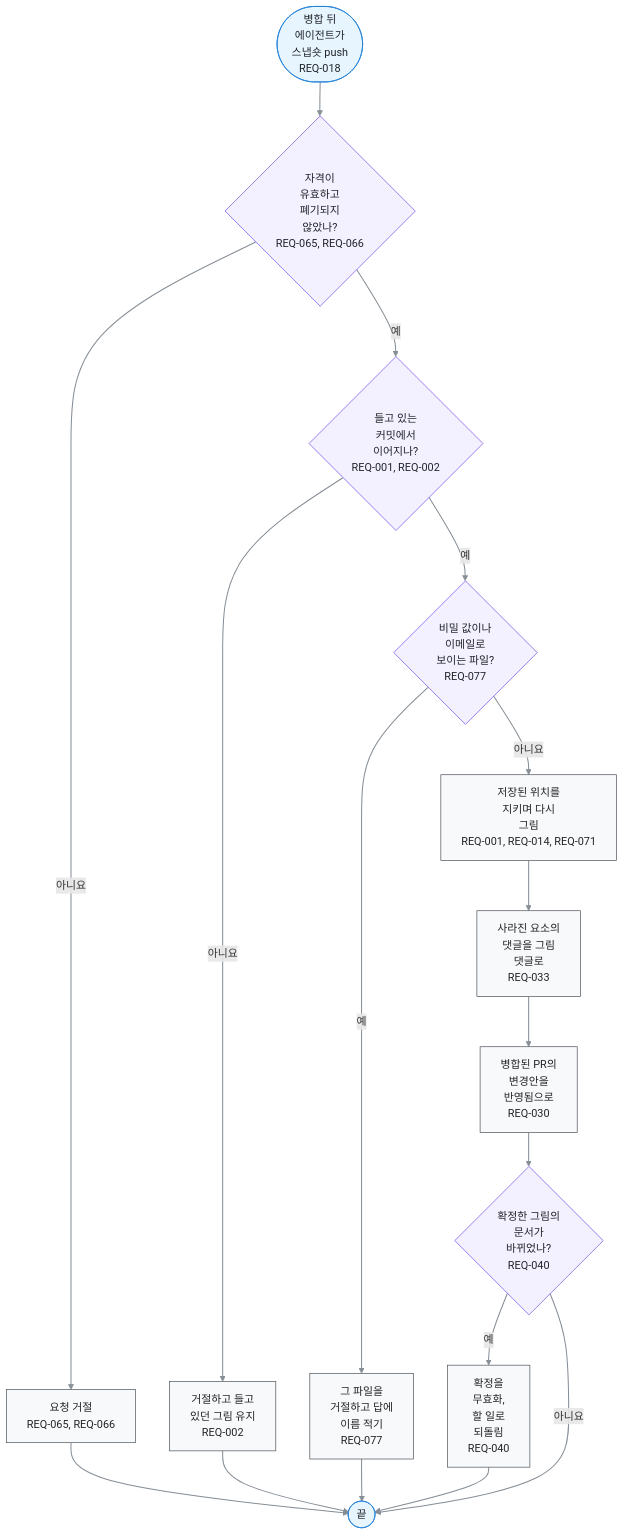
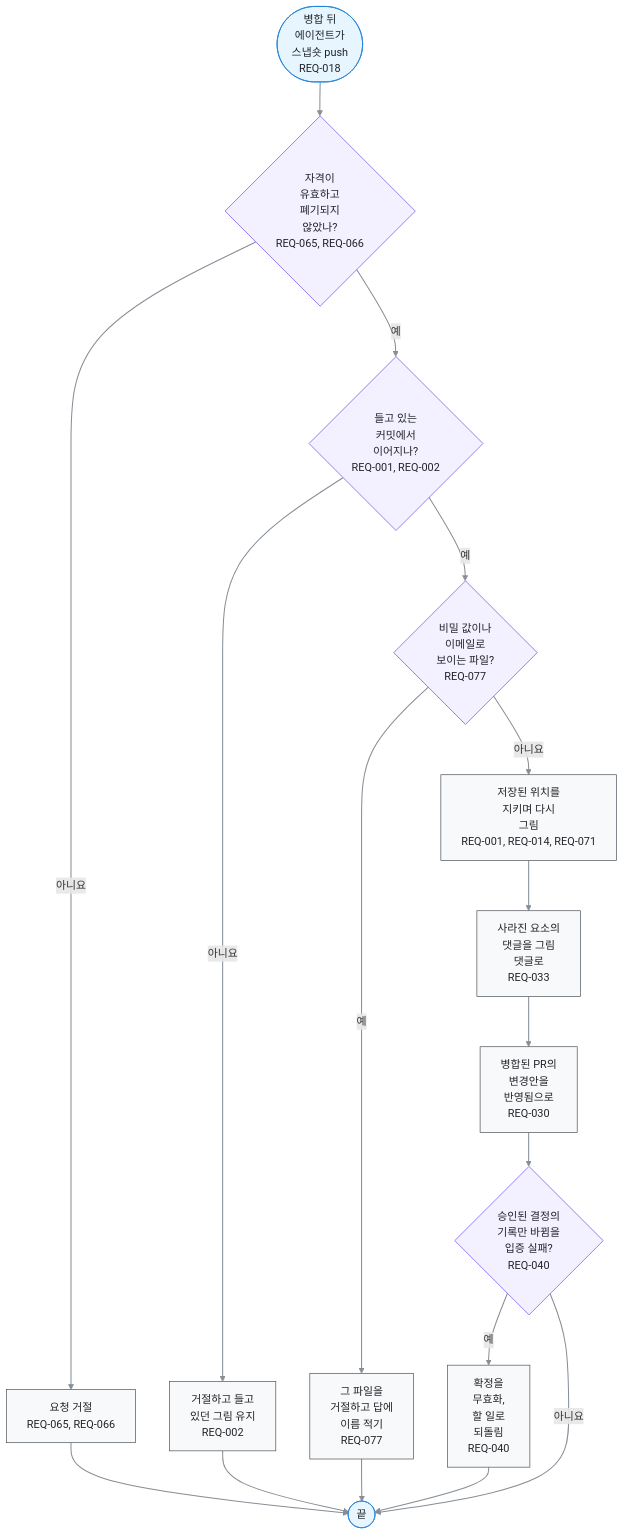
Before and after one commit to kodonghui/corthex-nexus: the diagram in docs/03-user-flow/FL-007-draw-a-new-snapshot.ko.md, drawn with Mermaid. The commit also changed 64 other files, not shown here.

````diff
--- a/docs/03-user-flow/FL-007-draw-a-new-snapshot.ko.md
+++ b/docs/03-user-flow/FL-007-draw-a-new-snapshot.ko.md
@@ -11,42 +11,42 @@
 ```mermaid
 flowchart TD
   A(["병합 뒤<br/>에이전트가<br/>스냅숏 push<br/>REQ-018"])
   B{"자격이<br/>유효하고<br/>폐기되지<br/>않았나?<br/>REQ-065, REQ-066"}
   C{"들고 있는<br/>커밋에서<br/>이어지나?<br/>REQ-001, REQ-002"}
   D{"비밀 값이나<br/>이메일로<br/>보이는 파일?<br/>REQ-077"}
   E["저장된 위치를<br/>지키며 다시<br/>그림<br/>REQ-001, REQ-014, REQ-071"]
   F["사라진 요소의<br/>댓글을 그림<br/>댓글로<br/>REQ-033"]
   G["병합된 PR의<br/>변경안을<br/>반영됨으로<br/>REQ-030"]
-  H{"확정한 그림의<br/>문서가<br/>바뀌었나?<br/>REQ-040"}
+  H{"승인된 결정의<br/>기록만 바뀜을<br/>입증 실패?<br/>REQ-040"}
   I["확정을<br/>무효화,<br/>할 일로<br/>되돌림<br/>REQ-040"]
   R1["요청 거절<br/>REQ-065, REQ-066"]
   R2["거절하고 들고<br/>있던 그림 유지<br/>REQ-002"]
   R3["그 파일을<br/>거절하고 답에<br/>이름 적기<br/>REQ-077"]
   Z(["끝"])
   A e1@--> B
   B e2@-->|아니요| R1
   B e3@-->|예| C
   C e4@-->|아니요| R2
   C e5@-->|예| D
   D e6@-->|예| R3
   D e7@-->|아니요| E
   E e8@--> F
   F e9@--> G
   G e10@--> H
   H e11@-->|예| I
   H e12@-->|아니요| Z
   I e13@--> Z
   R1 e14@--> Z
   R2 e15@--> Z
   R3 e16@--> Z
   %% legend: below
   classDef term fill:#e7f5ff,stroke:#1c7ed6,color:#212529
   classDef proc fill:#f8f9fa,stroke:#495057,color:#212529
   classDef decide fill:#f3f0ff,stroke:#7048e8,color:#212529
   classDef gap fill:#f1f3f5,stroke:#adb5bd,stroke-dasharray:2 3,color:#495057
   classDef pass stroke:#868e96,stroke-width:1.5px
   class A,Z term
   class E,F,G,I,R1,R2,R3 proc
   class B,C,D,H decide
   class e1,e2,e3,e4,e5,e6,e7,e8,e9,e10,e11,e12,e13,e14,e15,e16 pass
 ```
````
